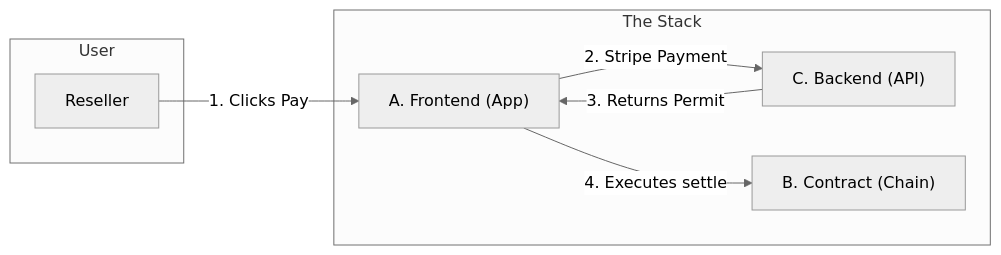
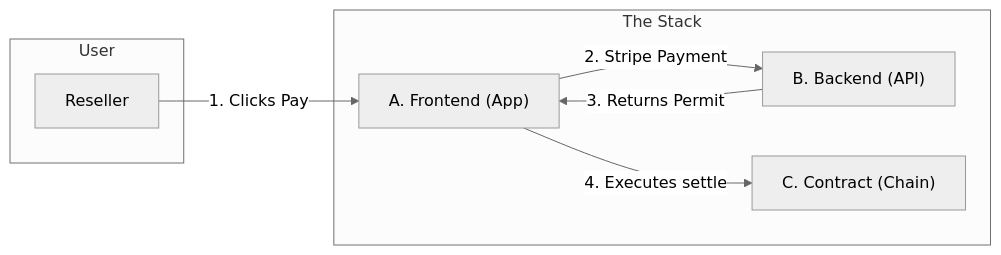
Before and after one commit to ChangoBuitrago/vantage-mvp: the diagram in docs/vantage-modules-overview.md, drawn with Mermaid (neutral theme). The commit also changed other lines of this file and 3 other files, not shown here.

````diff
--- a/docs/vantage-modules-overview.md
+++ b/docs/vantage-modules-overview.md
@@ -44,17 +44,17 @@
 ```mermaid
 graph LR
     subgraph User_Layer [User]
         U[Reseller]
     end
 
     subgraph Modules [The Stack]
         A["A. Frontend (App)"]
-        C["C. Backend (API)"]
-        B["B. Contract (Chain)"]
+        B["B. Backend (API)"]
+        C["C. Contract (Chain)"]
     end
 
     U -->|1. Clicks Pay| A
-    A -->|2. Stripe Payment| C
-    C -->|3. Returns Permit| A
-    A -->|4. Executes settle| B
+    A -->|2. Stripe Payment| B
+    B -->|3. Returns Permit| A
+    A -->|4. Executes settle| C
 ```
````
